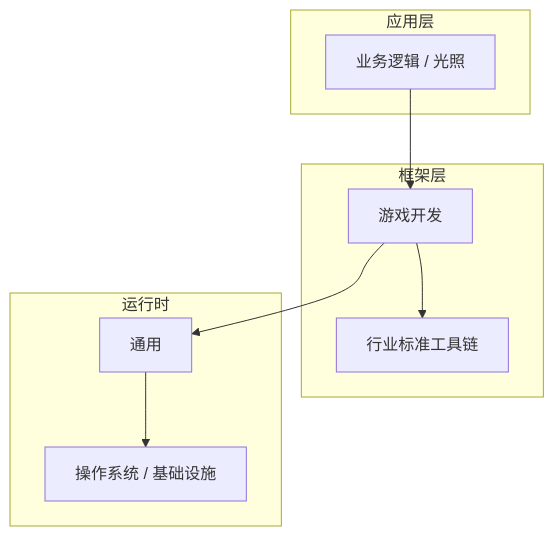
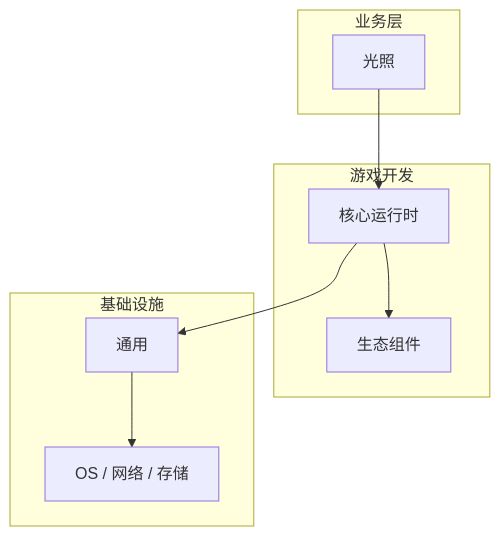
The diagram in articles/游戏开发/chapters/066-光照核心概念与原理.md (yanggan2015/knowledge-json-v2), drawn with Mermaid before and after one commit. The commit also changed other lines of this file and 10127 other files, not shown here.

````diff
--- a/articles/游戏开发/chapters/066-光照核心概念与原理.md
+++ b/articles/游戏开发/chapters/066-光照核心概念与原理.md
@@ -45,18 +30,18 @@
 ```mermaid
 graph TB
-    subgraph 应用层
-        A[业务逻辑 / 光照]
+    subgraph 业务层
+        A[光照]
     end
-    subgraph 框架层
-        B[游戏开发]
-        C[行业标准工具链]
+    subgraph 游戏开发
+        B[核心运行时]
+        C[生态组件]
     end
-    subgraph 运行时
+    subgraph 基础设施
         D[通用]
-        E[操作系统 / 基础设施]
+        E[OS / 网络 / 存储]
     end
     A --> B
     B --> C
     B --> D
     D --> E
 ```
````
